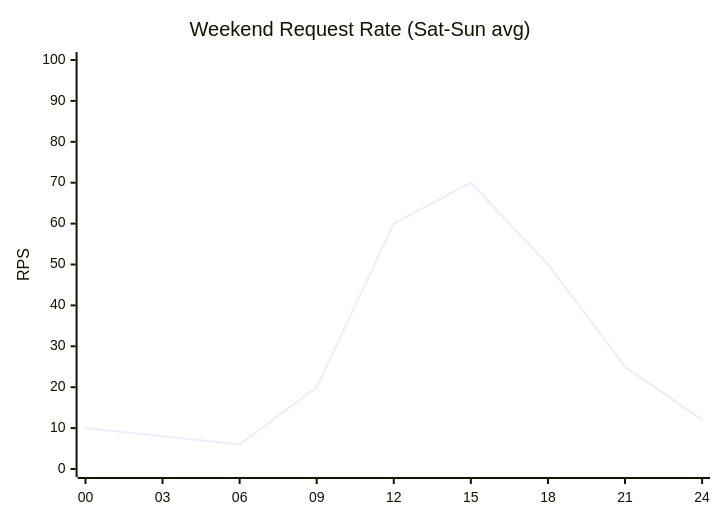
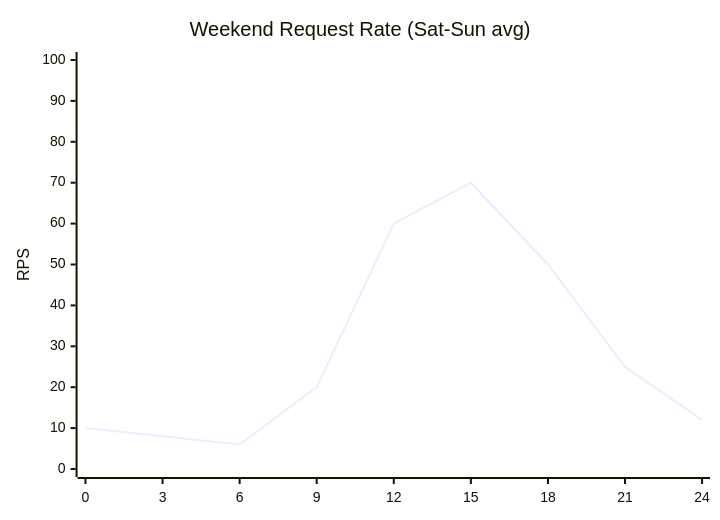
One commit to Shahriarin2garden/vllm_from_scratch changed diagram 14 of 50 in lab0.4/README.md. Above: the diagram before and after it, drawn with Mermaid. The commit also changed other lines of this file, not shown here.

Commit message:
Update x-axis labels and improve diagram configurations in README.md for better clarity

````diff
--- a/lab0.4/README.md
+++ b/lab0.4/README.md
@@ -497,7 +503,7 @@
 ```mermaid
 xychart-beta
     title "Weekend Request Rate (Sat-Sun avg)"
-    x-axis ["00","03","06","09","12","15","18","21","24"]
+    x-axis [0, 3, 6, 9, 12, 15, 18, 21, 24]
     y-axis "RPS" 0 --> 100
     line [10,8,6,20,60,70,50,25,12]
 ```
````
